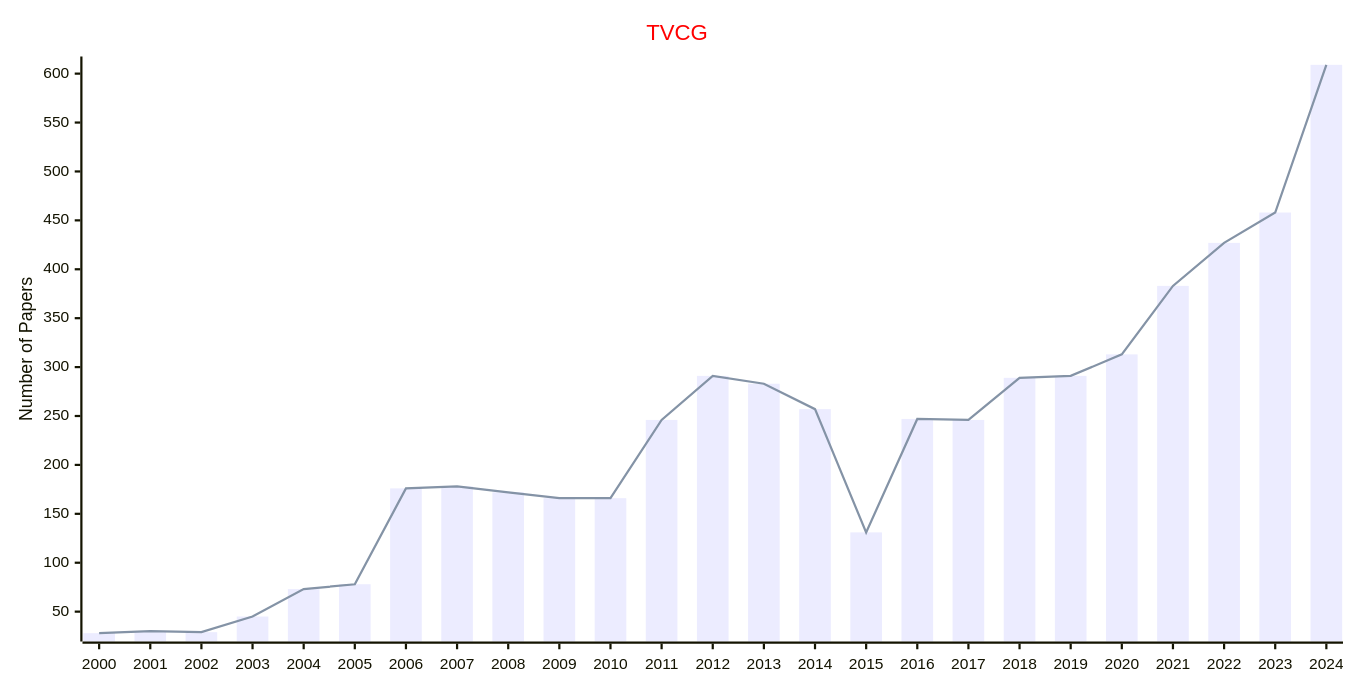
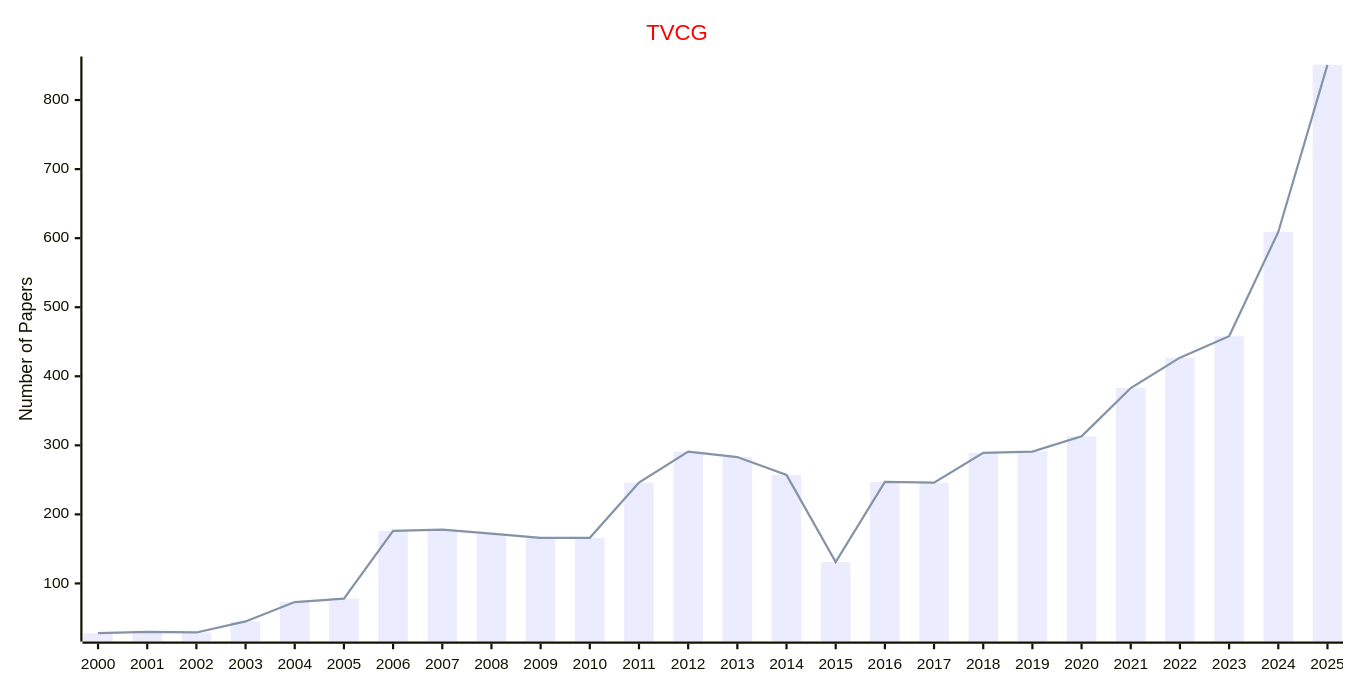
Before and after one commit to Easy-PhD/AILinks: the second of 2 diagrams in docs/data/Journals/Statistics_Journals/Graphics.md, drawn with Mermaid. The commit also changed 107 other files, not shown here.

````diff
--- a/docs/data/Journals/Statistics_Journals/Graphics.md
+++ b/docs/data/Journals/Statistics_Journals/Graphics.md
@@ -33,17 +33,17 @@
 ```mermaid
 ---
 config:
     xyChart:
         width: 1200
         height: 600
     themeVariables:
         xyChart:
             titleColor: "#ff0000"
 ---
 xychart-beta
     title "TVCG"
-    x-axis [2000, 2001, 2002, 2003, 2004, 2005, 2006, 2007, 2008, 2009, 2010, 2011, 2012, 2013, 2014, 2015, 2016, 2017, 2018, 2019, 2020, 2021, 2022, 2023, 2024]
+    x-axis [2000, 2001, 2002, 2003, 2004, 2005, 2006, 2007, 2008, 2009, 2010, 2011, 2012, 2013, 2014, 2015, 2016, 2017, 2018, 2019, 2020, 2021, 2022, 2023, 2024, 2025]
     y-axis "Number of Papers"
-    bar [28, 30, 29, 45, 73, 78, 176, 178, 172, 166, 166, 246, 291, 283, 257, 131, 247, 246, 289, 291, 313, 383, 427, 458, 609]
-    line [28, 30, 29, 45, 73, 78, 176, 178, 172, 166, 166, 246, 291, 283, 257, 131, 247, 246, 289, 291, 313, 383, 427, 458, 609]
+    bar [28, 30, 29, 45, 73, 78, 176, 178, 172, 166, 166, 246, 291, 283, 257, 131, 247, 246, 289, 291, 313, 383, 427, 458, 609, 851]
+    line [28, 30, 29, 45, 73, 78, 176, 178, 172, 166, 166, 246, 291, 283, 257, 131, 247, 246, 289, 291, 313, 383, 427, 458, 609, 851]
 ```
````
